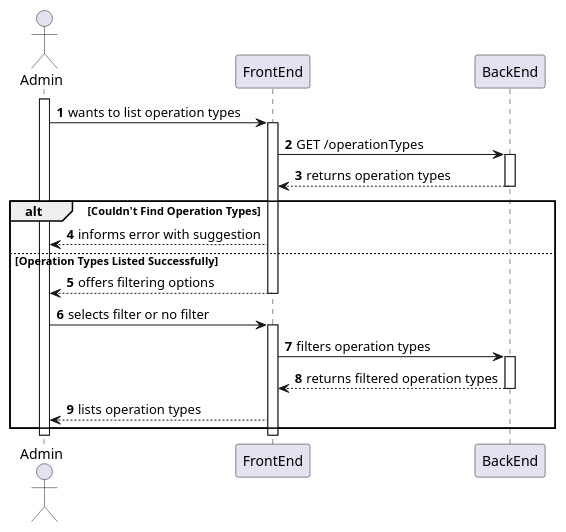
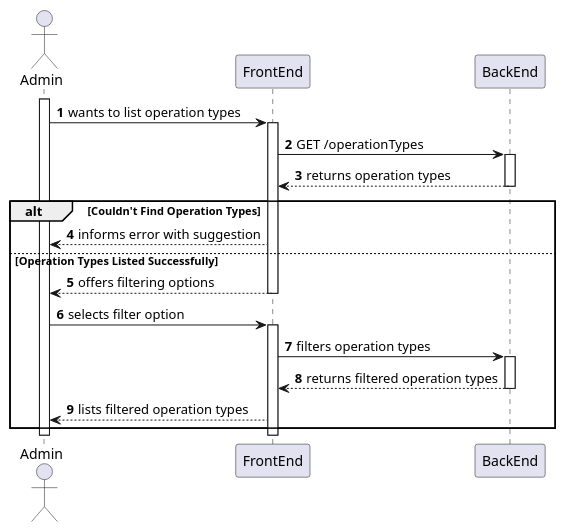
One commit to MiguelCardoso77/SurgicalSync-BackEnd changed the diagram in docs/SprintA/38-list-operation-types/level2/process-view.puml. Above: the diagram before and after it, drawn with PlantUML. The commit also changed 10 other files, not shown here.

```diff
--- a/docs/SprintA/38-list-operation-types/level2/process-view.puml
+++ b/docs/SprintA/38-list-operation-types/level2/process-view.puml
@@ -1,42 +1,42 @@
 @startuml
 autonumber
 
 actor "Admin" as USER
 
 participant "FrontEnd" as FE
 participant "BackEnd" as BE
 
 activate USER
 
     USER -> FE : wants to list operation types
     activate FE
     
         FE -> BE : GET /operationTypes
         activate BE
         
             BE --> FE : returns operation types
         deactivate BE
     
         alt Couldn't Find Operation Types
         FE --> USER : informs error with suggestion
         else Operation Types Listed Successfully
         FE --> USER : offers filtering options
     deactivate FE
     
-    USER -> FE : selects filter or no filter
+    USER -> FE : selects filter option
     activate FE
     
         FE -> BE : filters operation types
         activate BE
         
             BE --> FE : returns filtered operation types
         deactivate BE
         
-        FE --> USER : lists operation types
+        FE --> USER : lists filtered operation types
         end
         
     deactivate FE
             
 deactivate USER
 
 @enduml
```
